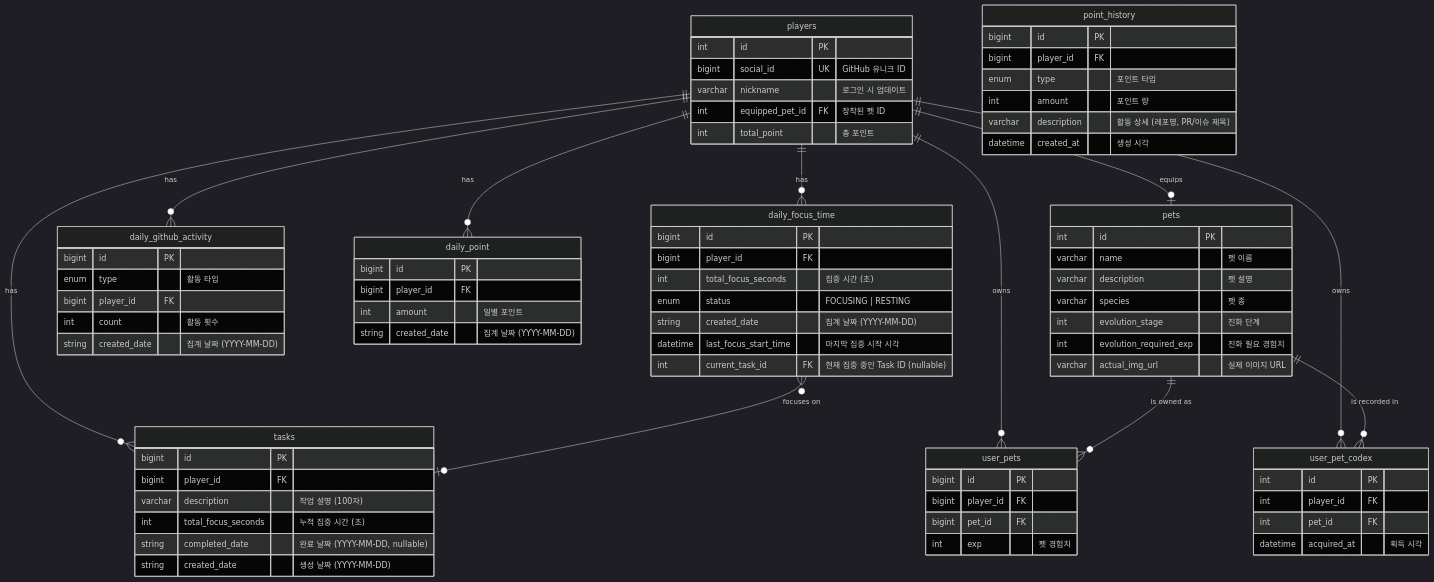
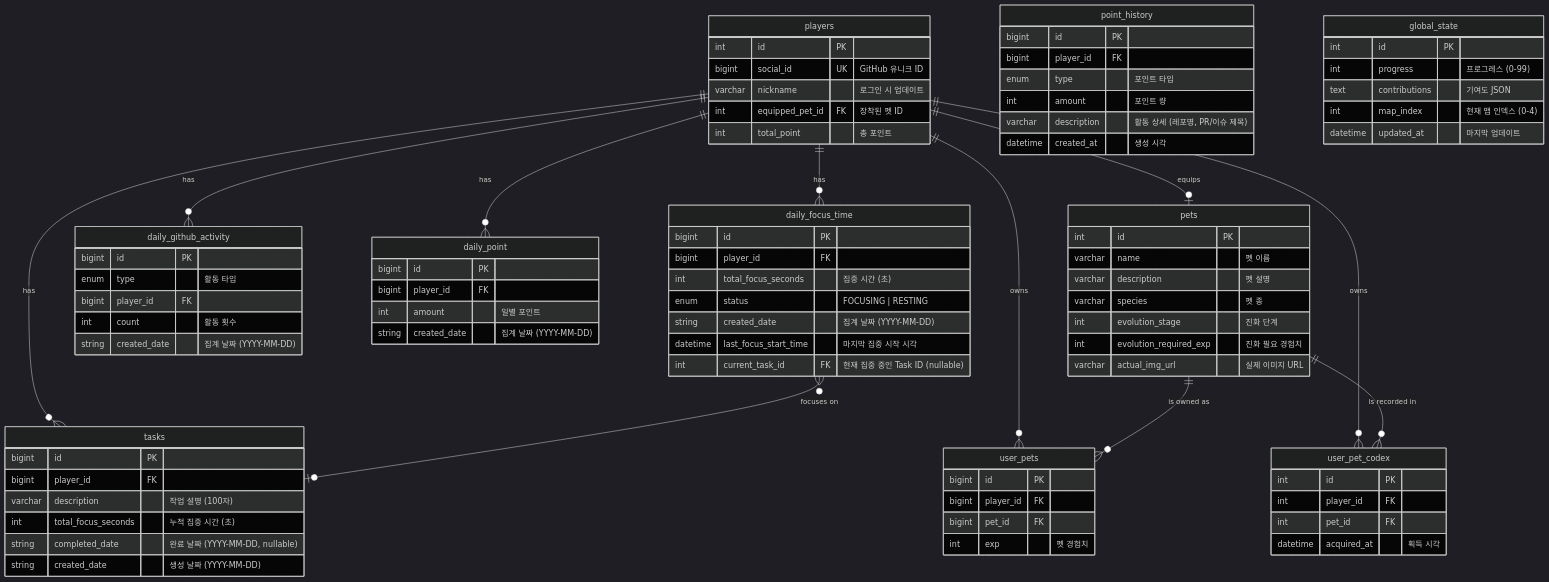
One commit to boostcampwm2025/web19-estrogenquattro changed the diagram in docs/guides/ERD.md. Above: the diagram before and after it, drawn with Mermaid (dark theme). The commit also changed other lines of this file and 1 other file, not shown here.

First line of the commit message:
docs: 문서 동기화 - GlobalState 엔티티 추가

````diff
--- a/docs/guides/ERD.md
+++ b/docs/guides/ERD.md
@@ -95,4 +95,12 @@
         int pet_id FK
         datetime acquired_at "획득 시각"
     }
+
+    global_state {
+        int id PK
+        int progress "프로그레스 (0-99)"
+        text contributions "기여도 JSON"
+        int map_index "현재 맵 인덱스 (0-4)"
+        datetime updated_at "마지막 업데이트"
+    }
 ```
````
